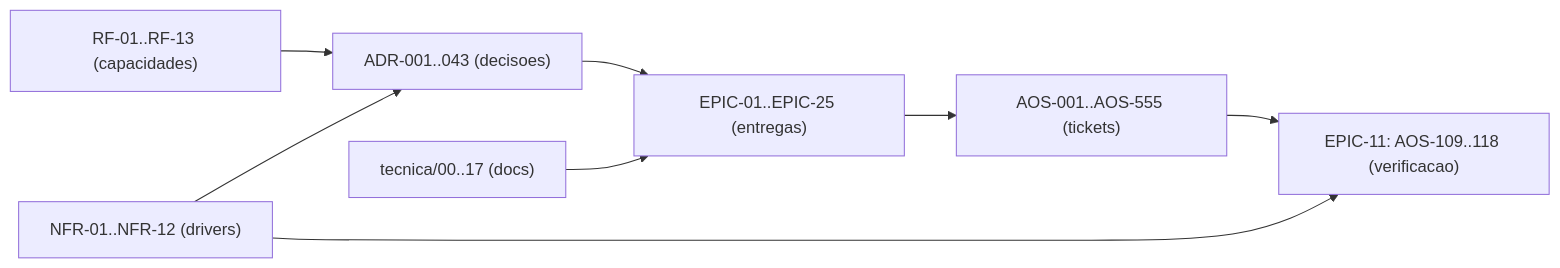
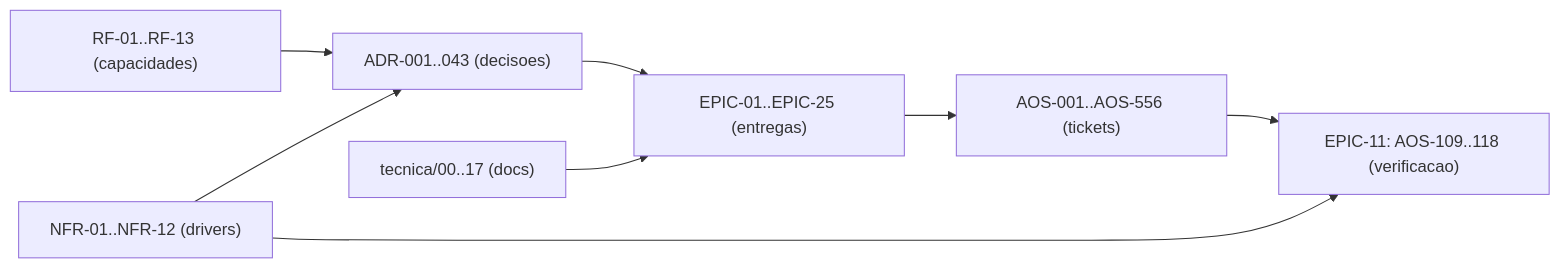
The diagram in tecnica/16_Rastreabilidade_RTM.md (albinoJimy/aos), drawn with Mermaid before and after one commit. The commit also changed other lines of this file and 1 other file, not shown here.

````diff
--- a/tecnica/16_Rastreabilidade_RTM.md
+++ b/tecnica/16_Rastreabilidade_RTM.md
@@ -212,10 +212,10 @@
 ```mermaid
 flowchart LR
     RF["RF-01..RF-13 (capacidades)"] --> ADR["ADR-001..043 (decisoes)"]
     NFR["NFR-01..NFR-12 (drivers)"] --> ADR
     ADR --> EPIC["EPIC-01..EPIC-25 (entregas)"]
-    EPIC --> TICK["AOS-001..AOS-555 (tickets)"]
+    EPIC --> TICK["AOS-001..AOS-556 (tickets)"]
     DOC["tecnica/00..17 (docs)"] --> EPIC
     TICK --> TEST["EPIC-11: AOS-109..118 (verificacao)"]
     NFR --> TEST
 ```
````
